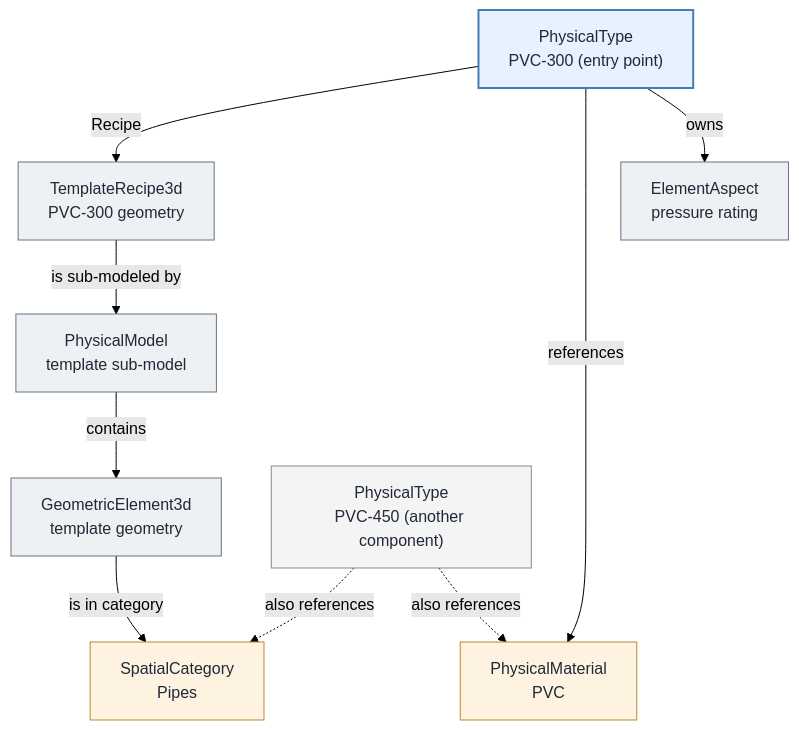
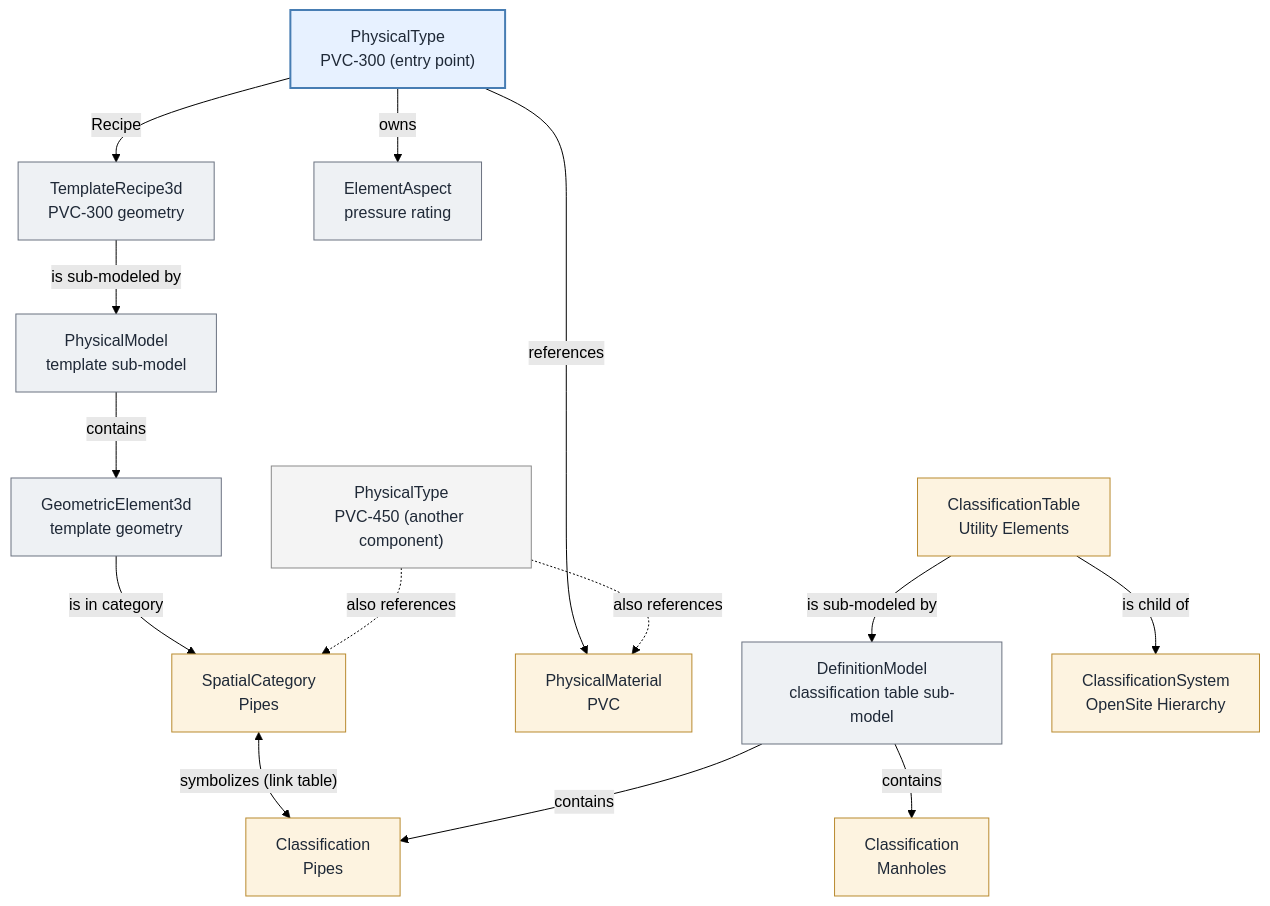
Before and after one commit to iTwin/itwinjs-core: the first of 2 diagrams in docs/bis/guide/data-organization/catalogs.md, drawn with Mermaid (forest theme). The commit also changed other lines of this file, not shown here.

````diff
--- a/docs/bis/guide/data-organization/catalogs.md
+++ b/docs/bis/guide/data-organization/catalogs.md
@@ -41,29 +42,39 @@
 ```mermaid
 graph TD
     PT["PhysicalType<br/>PVC-300 (entry point)"]
     TR["TemplateRecipe3d<br/>PVC-300 geometry"]
     SM["PhysicalModel<br/>template sub-model"]
     GEO["GeometricElement3d<br/>template geometry"]
     CAT["SpatialCategory<br/>Pipes"]
     MAT["PhysicalMaterial<br/>PVC"]
     ASP["ElementAspect<br/>pressure rating"]
+    CLS["Classification<br/>Pipes"]
+    CLS2["Classification<br/>Manholes"]
+    CLSM["DefinitionModel<br/>classification table sub-model"]
+    CLST["ClassificationTable<br/>Utility Elements"]
+    CLSS["ClassificationSystem<br/>OpenSite Hierarchy"]
     PT2["PhysicalType<br/>PVC-450 (another component)"]
 
     PT -- "Recipe" --> TR
     TR -- "is sub-modeled by" --> SM
     SM -- "contains" --> GEO
     GEO -- "is in category" --> CAT
     PT -- "references" --> MAT
     PT -- "owns" --> ASP
+    CAT <-->|"symbolizes (link table)"| CLS
+    CLST -- "is sub-modeled by" --> CLSM
+    CLSM -- "contains" --> CLS
+    CLSM -- "contains" --> CLS2
+    CLST -- "is child of" --> CLSS
     PT2 -. "also references" .-> CAT
     PT2 -. "also references" .-> MAT
 
     classDef entry fill:#e7f1ff,stroke:#477db3,stroke-width:2px,color:#1f2937
     classDef dep fill:#eef1f4,stroke:#6b7280,stroke-width:1px,color:#1f2937
     classDef shared fill:#fdf3e0,stroke:#b98a2f,stroke-width:1px,color:#1f2937
     classDef other fill:#f4f4f4,stroke:#8a8a8a,stroke-width:1px,color:#1f2937
     class PT entry
-    class TR,SM,GEO,ASP dep
-    class CAT,MAT shared
+    class TR,SM,GEO,ASP,CLSM dep
+    class CAT,MAT,CLS,CLS2,CLST,CLSS shared
     class PT2 other
 ```
````
